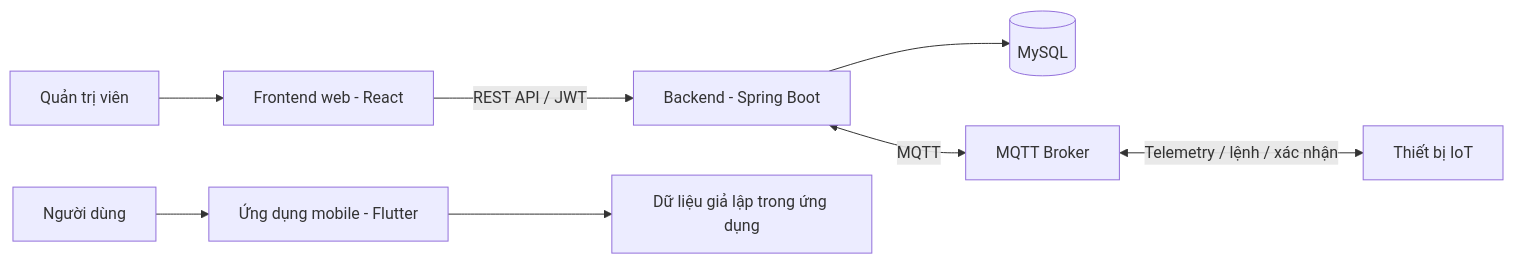
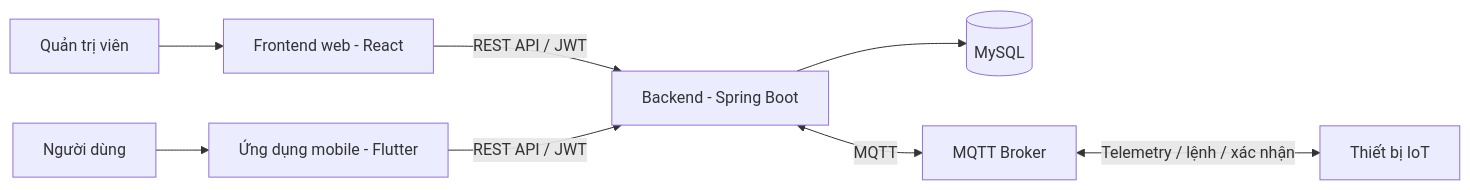
The diagram in README.md (TrgMSon/Auto_watering_system), drawn with Mermaid before and after one commit. The commit also changed other lines of this file, not shown here.

````diff
--- a/README.md
+++ b/README.md
@@ -32,11 +32,11 @@
 ```mermaid
 flowchart LR
     Admin[Quản trị viên] --> Web[Frontend web - React]
     API[Backend - Spring Boot]
     Web -->|REST API / JWT| API
     API --> DB[(MySQL)]
     API <-->|MQTT| Broker[MQTT Broker]
     Broker <-->|Telemetry / lệnh / xác nhận| Device[Thiết bị IoT]
     User[Người dùng] --> Mobile[Ứng dụng mobile - Flutter]
-    Mobile --> Mock[Dữ liệu giả lập trong ứng dụng]
+    Mobile -->|REST API / JWT| API
 ```
````
